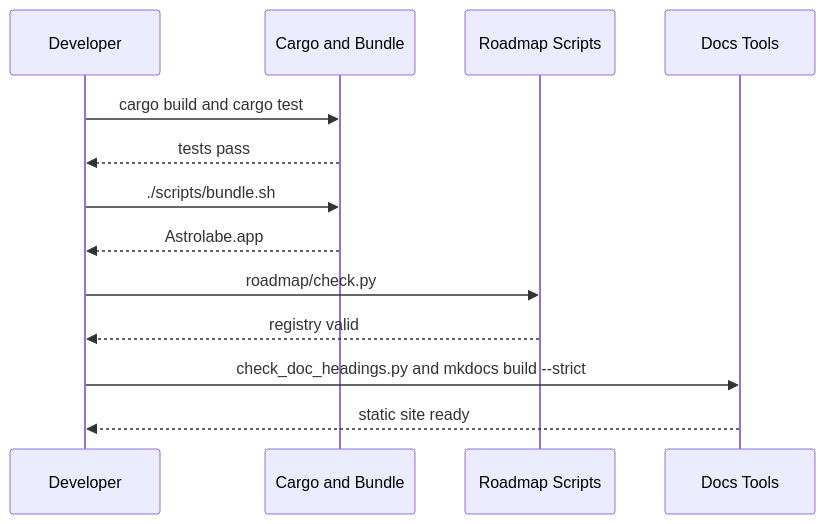
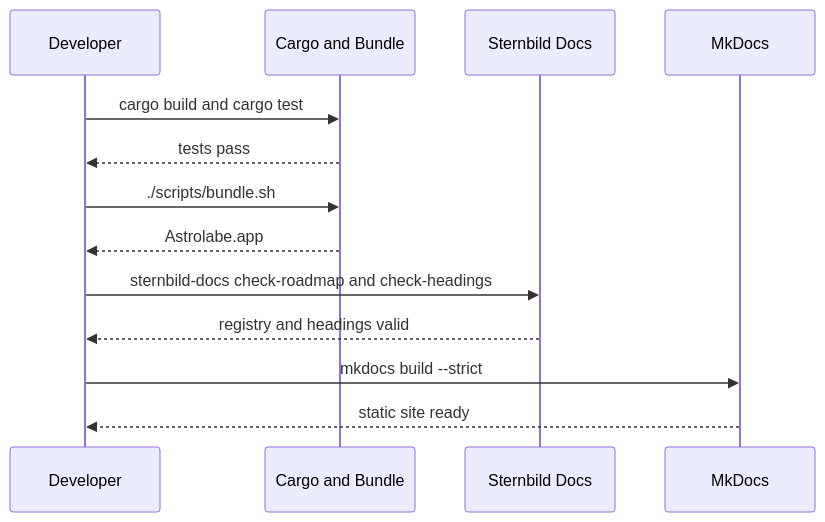
The diagram in docs/development/development-basics.md (AhmedKhan-GH/astrolabe), drawn with Mermaid before and after one commit. The commit also changed other lines of this file and 5 other files, not shown here.

````diff
--- a/docs/development/development-basics.md
+++ b/docs/development/development-basics.md
@@ -9,15 +9,15 @@
 ```mermaid
 sequenceDiagram
     participant D as Developer
     participant C as Cargo and Bundle
-    participant R as Roadmap Scripts
-    participant M as Docs Tools
+    participant S as Sternbild Docs
+    participant M as MkDocs
     D->>C: cargo build and cargo test
     C-->>D: tests pass
     D->>C: ./scripts/bundle.sh
     C-->>D: Astrolabe.app
-    D->>R: roadmap/check.py
-    R-->>D: registry valid
-    D->>M: check_doc_headings.py and mkdocs build --strict
+    D->>S: sternbild-docs check-roadmap and check-headings
+    S-->>D: registry and headings valid
+    D->>M: mkdocs build --strict
     M-->>D: static site ready
 ```
````
